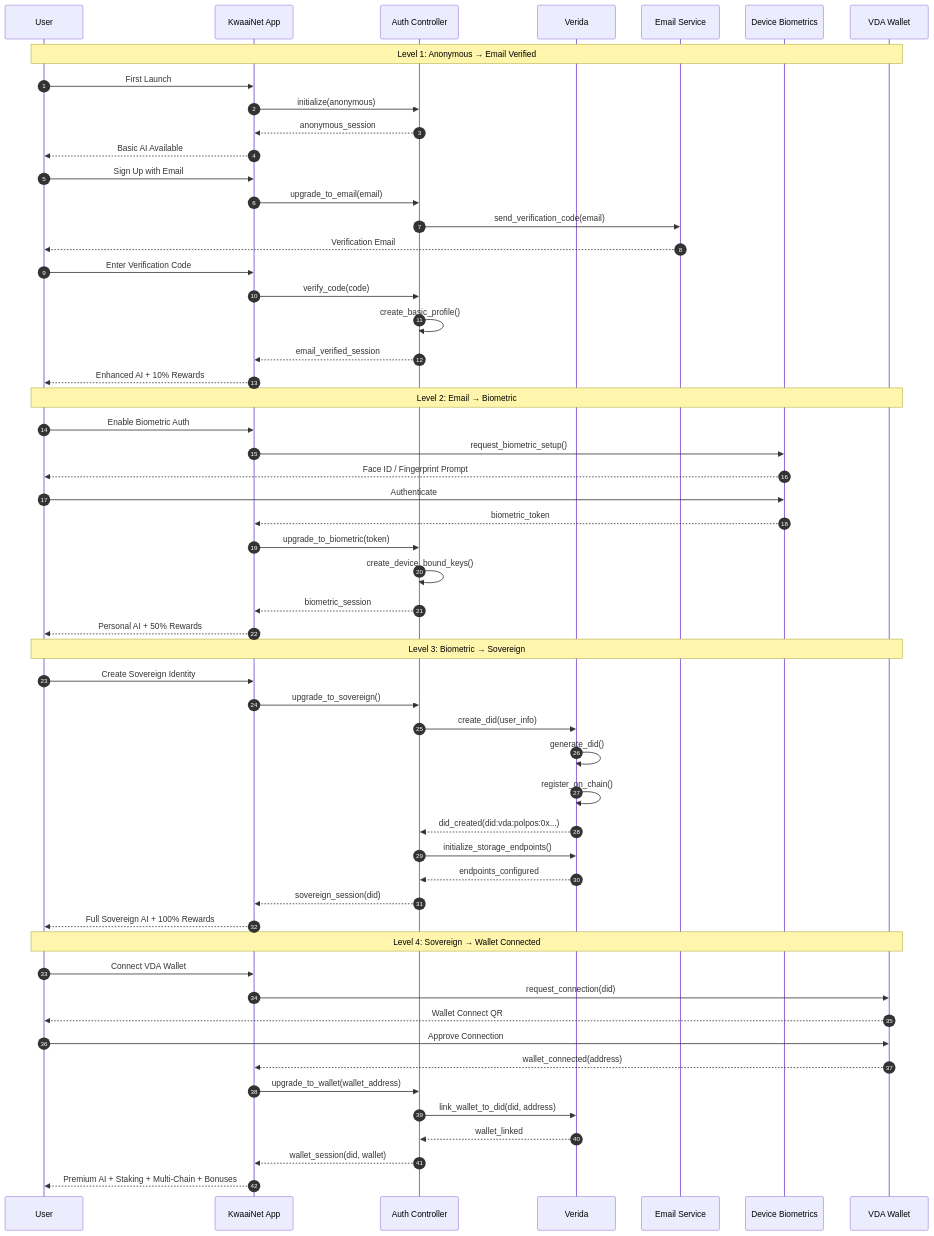
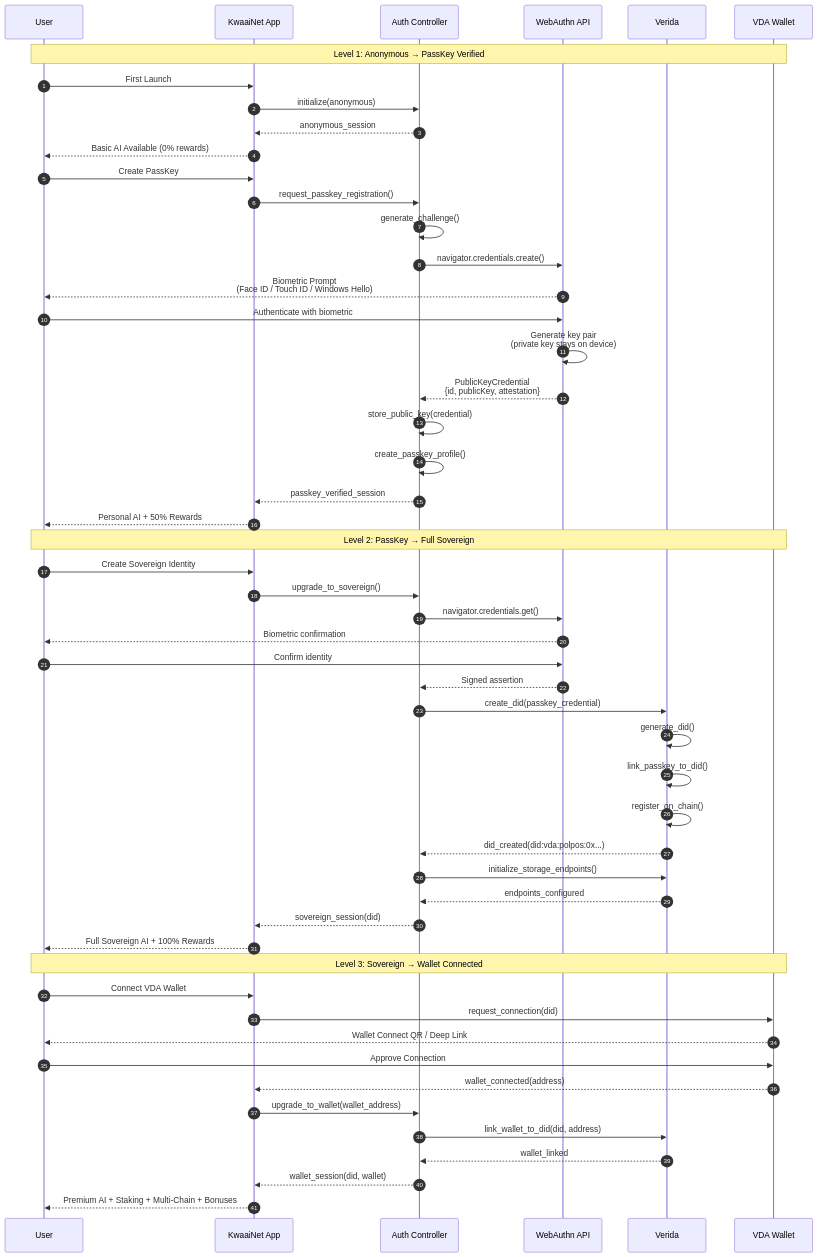
Before and after one commit to Kwaai-AI-Lab/KwaaiNet: the third of 18 diagrams in docs/DATA_FLOWS.md, drawn with Mermaid. The commit also changed other lines of this file, not shown here.

First line of the commit message:
Update authentication architecture to use PassKeys as primary path

````diff
--- a/docs/DATA_FLOWS.md
+++ b/docs/DATA_FLOWS.md
@@ -51,73 +92,69 @@
 ```mermaid
 sequenceDiagram
     autonumber
     participant User
     participant App as KwaaiNet App
     participant Auth as Auth Controller
+    participant WebAuthn as WebAuthn API
     participant Verida
-    participant Email as Email Service
-    participant Biometric as Device Biometrics
     participant Wallet as VDA Wallet
 
-    Note over User,Wallet: Level 1: Anonymous → Email Verified
+    Note over User,Wallet: Level 1: Anonymous → PassKey Verified
 
     User->>App: First Launch
     App->>Auth: initialize(anonymous)
     Auth-->>App: anonymous_session
-    App-->>User: Basic AI Available
+    App-->>User: Basic AI Available (0% rewards)
 
-    User->>App: Sign Up with Email
-    App->>Auth: upgrade_to_email(email)
-    Auth->>Email: send_verification_code(email)
-    Email-->>User: Verification Email
+    User->>App: Create PassKey
+    App->>Auth: request_passkey_registration()
+    Auth->>Auth: generate_challenge()
+    Auth->>WebAuthn: navigator.credentials.create()
 
-    User->>App: Enter Verification Code
-    App->>Auth: verify_code(code)
-    Auth->>Auth: create_basic_profile()
-    Auth-->>App: email_verified_session
-    App-->>User: Enhanced AI + 10% Rewards
+    WebAuthn-->>User: Biometric Prompt<br/>(Face ID / Touch ID / Windows Hello)
+    User->>WebAuthn: Authenticate with biometric
+    WebAuthn->>WebAuthn: Generate key pair<br/>(private key stays on device)
+    WebAuthn-->>Auth: PublicKeyCredential<br/>{id, publicKey, attestation}
 
-    Note over User,Wallet: Level 2: Email → Biometric
-
-    User->>App: Enable Biometric Auth
-    App->>Biometric: request_biometric_setup()
-    Biometric-->>User: Face ID / Fingerprint Prompt
-    User->>Biometric: Authenticate
-    Biometric-->>App: biometric_token
-
-    App->>Auth: upgrade_to_biometric(token)
-    Auth->>Auth: create_device_bound_keys()
-    Auth-->>App: biometric_session
+    Auth->>Auth: store_public_key(credential)
+    Auth->>Auth: create_passkey_profile()
+    Auth-->>App: passkey_verified_session
     App-->>User: Personal AI + 50% Rewards
 
-    Note over User,Wallet: Level 3: Biometric → Sovereign
+    Note over User,Wallet: Level 2: PassKey → Full Sovereign
 
     User->>App: Create Sovereign Identity
     App->>Auth: upgrade_to_sovereign()
-    Auth->>Verida: create_did(user_info)
 
+    Auth->>WebAuthn: navigator.credentials.get()
+    WebAuthn-->>User: Biometric confirmation
+    User->>WebAuthn: Confirm identity
+    WebAuthn-->>Auth: Signed assertion
+
+    Auth->>Verida: create_did(passkey_credential)
     Verida->>Verida: generate_did()
+    Verida->>Verida: link_passkey_to_did()
     Verida->>Verida: register_on_chain()
     Verida-->>Auth: did_created(did:vda:polpos:0x...)
 
     Auth->>Verida: initialize_storage_endpoints()
     Verida-->>Auth: endpoints_configured
 
     Auth-->>App: sovereign_session(did)
     App-->>User: Full Sovereign AI + 100% Rewards
 
-    Note over User,Wallet: Level 4: Sovereign → Wallet Connected
+    Note over User,Wallet: Level 3: Sovereign → Wallet Connected
 
     User->>App: Connect VDA Wallet
     App->>Wallet: request_connection(did)
-    Wallet-->>User: Wallet Connect QR
+    Wallet-->>User: Wallet Connect QR / Deep Link
     User->>Wallet: Approve Connection
     Wallet-->>App: wallet_connected(address)
 
     App->>Auth: upgrade_to_wallet(wallet_address)
     Auth->>Verida: link_wallet_to_did(did, address)
     Verida-->>Auth: wallet_linked
 
     Auth-->>App: wallet_session(did, wallet)
     App-->>User: Premium AI + Staking + Multi-Chain + Bonuses
 ```
````
